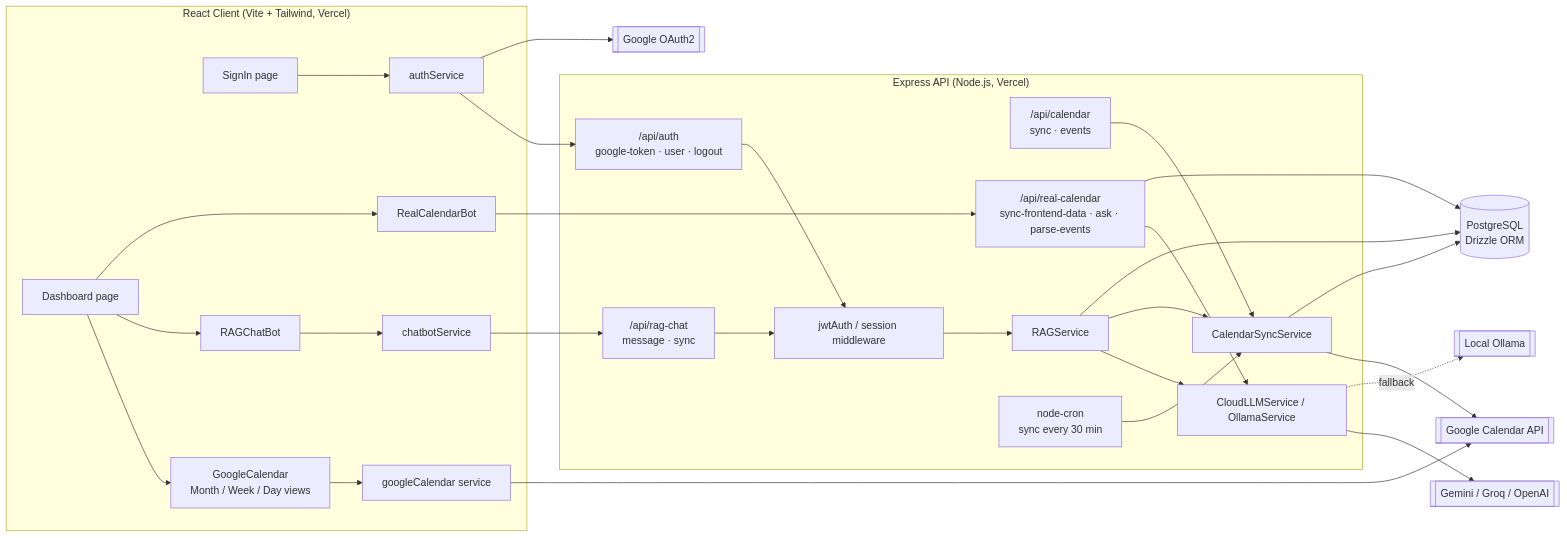
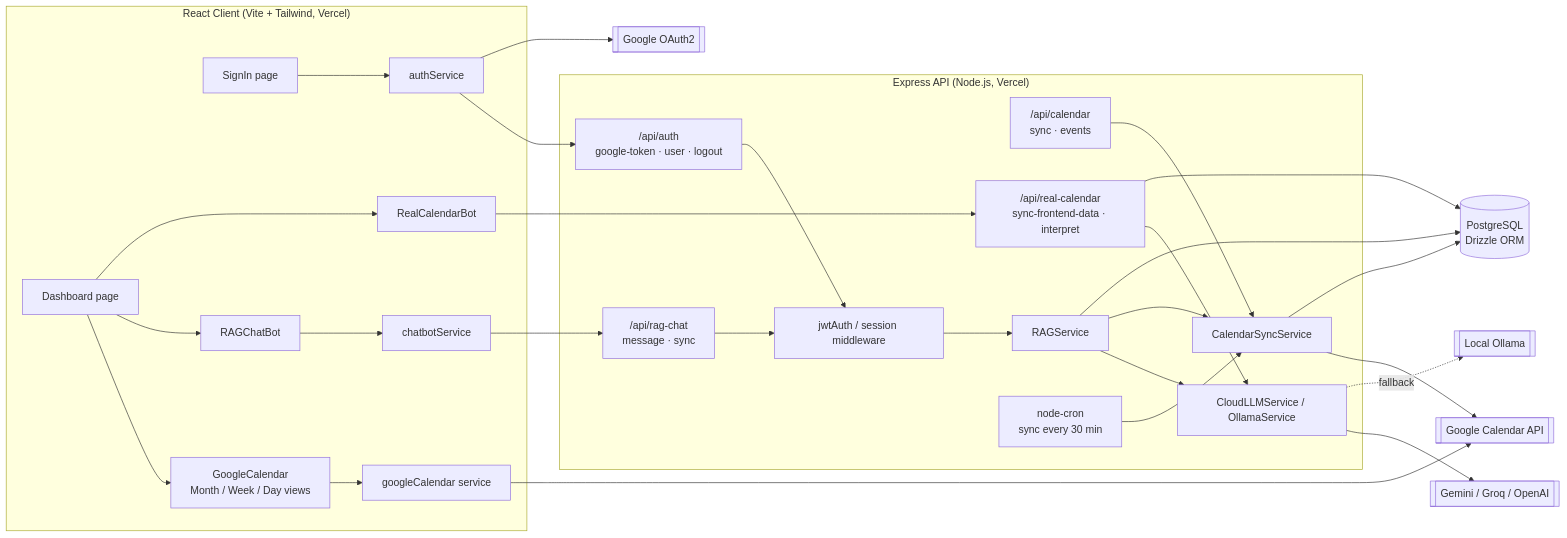
One commit to derko510/Calendar-AI changed the first of 6 diagrams in docs/system-design.md. Above: the diagram before and after it, drawn with Mermaid. The commit also changed 6 other files, not shown here.

````diff
--- a/docs/system-design.md
+++ b/docs/system-design.md
@@ -7,49 +7,49 @@
 ```mermaid
 flowchart LR
   subgraph Client["React Client (Vite + Tailwind, Vercel)"]
     SignIn[SignIn page]
     Dash[Dashboard page]
     GCal[GoogleCalendar<br/>Month / Week / Day views]
     RAGBot[RAGChatBot]
     RealBot[RealCalendarBot]
     AuthSvc[authService]
     GCalSvc[googleCalendar service]
     ChatSvc[chatbotService]
   end
 
   subgraph Server["Express API (Node.js, Vercel)"]
     Auth["/api/auth<br/>google-token · user · logout"]
     Cal["/api/calendar<br/>sync · events"]
     RagRoute["/api/rag-chat<br/>message · sync"]
-    RealRoute["/api/real-calendar<br/>sync-frontend-data · ask · parse-events"]
+    RealRoute["/api/real-calendar<br/>sync-frontend-data · interpret"]
     MW[jwtAuth / session middleware]
     RAG[RAGService]
     Sync[CalendarSyncService]
     LLM[CloudLLMService / OllamaService]
     Cron[node-cron<br/>sync every 30 min]
   end
 
   DB[(PostgreSQL<br/>Drizzle ORM)]
   GoogleOAuth[[Google OAuth2]]
   GoogleAPI[[Google Calendar API]]
   CloudLLM[[Gemini / Groq / OpenAI]]
   Ollama[[Local Ollama]]
 
   SignIn --> AuthSvc --> Auth
   AuthSvc --> GoogleOAuth
   Dash --> GCal & RAGBot & RealBot
   GCal --> GCalSvc --> GoogleAPI
   RAGBot --> ChatSvc --> RagRoute
   RealBot --> RealRoute
   Auth --> MW
   RagRoute --> MW --> RAG
   Cal --> Sync
   RealRoute --> LLM
   RealRoute --> DB
   RAG --> LLM & Sync & DB
   Sync --> GoogleAPI
   Sync --> DB
   Cron --> Sync
   LLM --> CloudLLM
   LLM -.fallback.-> Ollama
 ```
````
